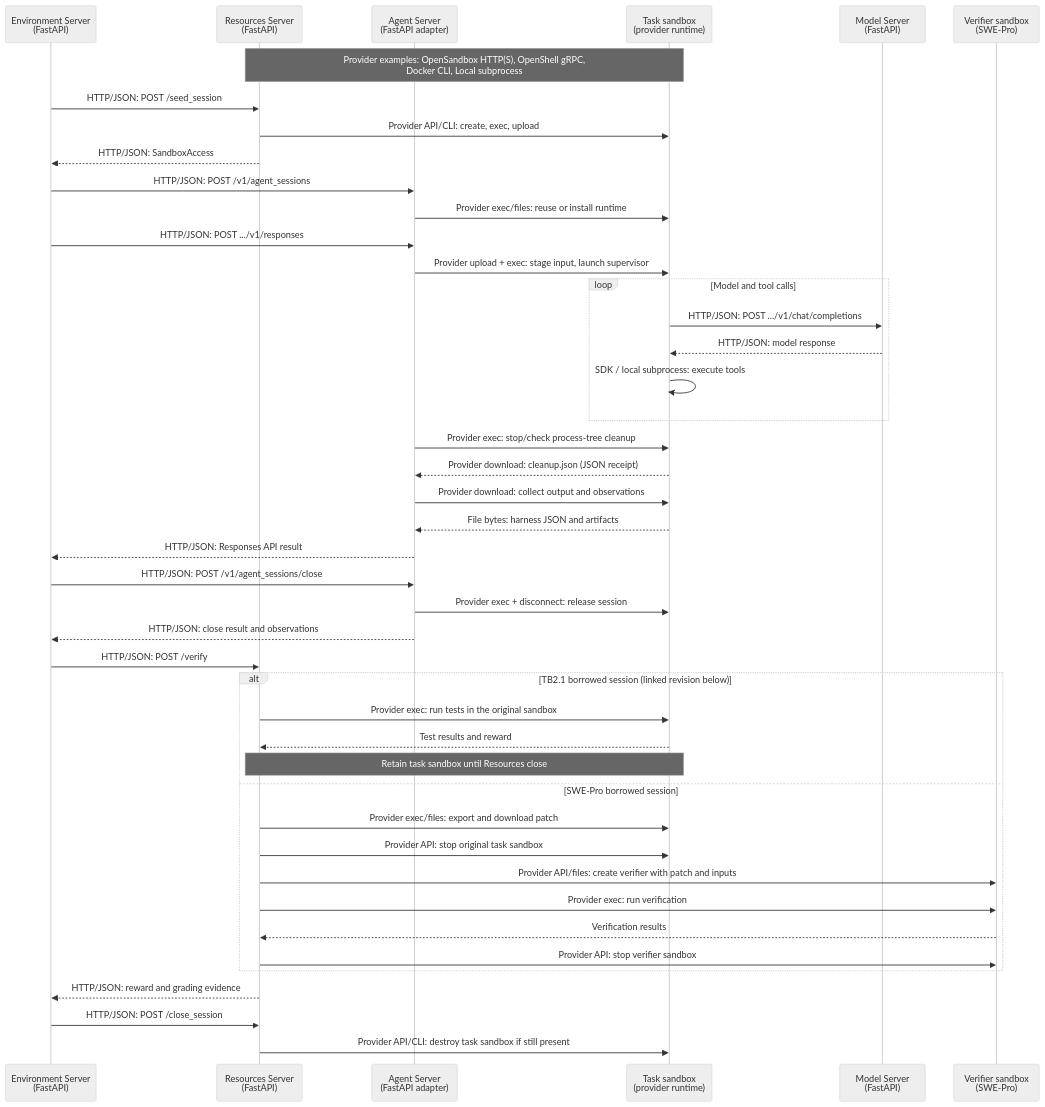
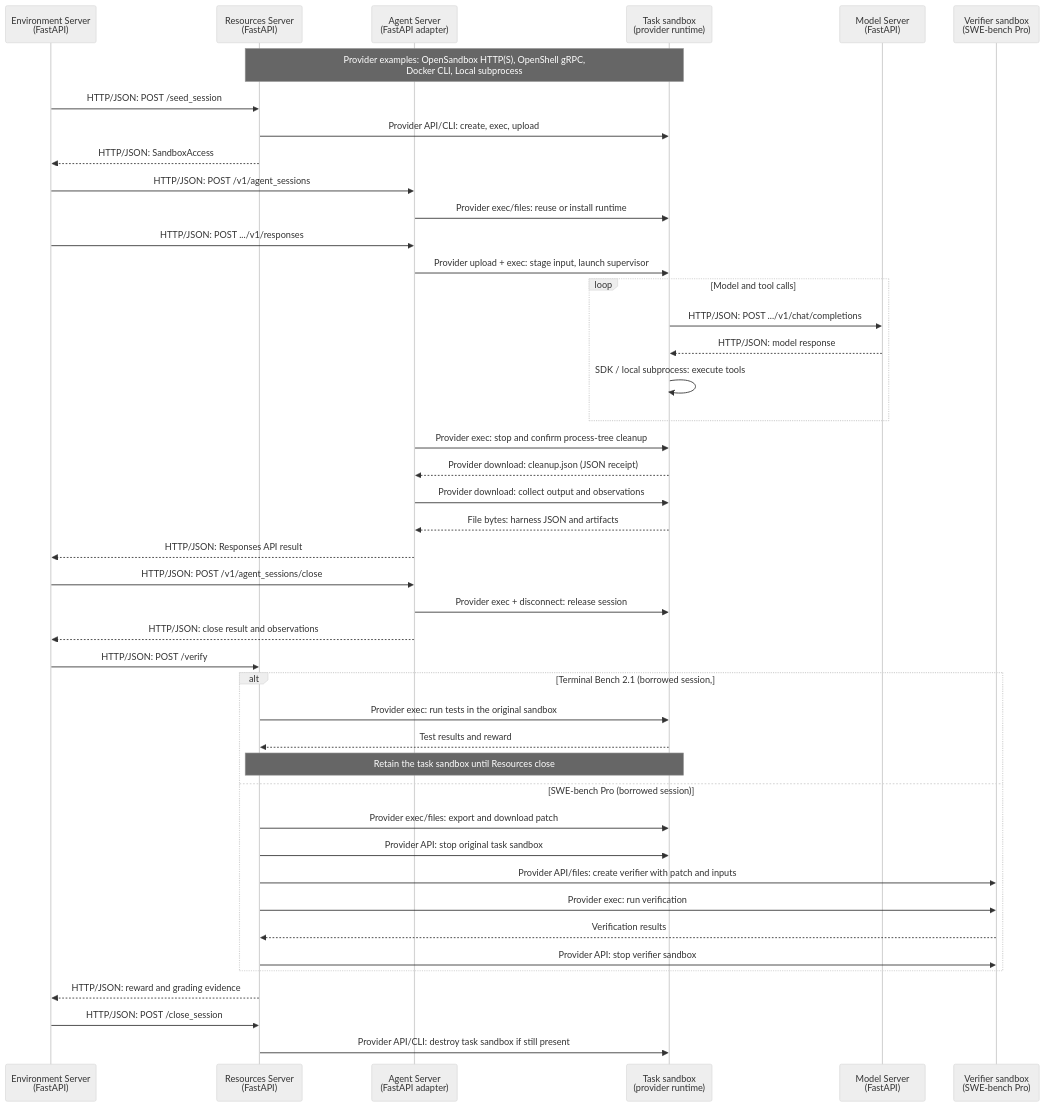
Before and after one commit to NVIDIA-NeMo/Gym: the first of 2 diagrams in fern/versions/latest/pages/agent-server/add-or-update-a-harness.mdx, drawn with Mermaid (neutral theme). The commit also changed other lines of this file, not shown here.

````diff
--- a/fern/versions/latest/pages/agent-server/add-or-update-a-harness.mdx
+++ b/fern/versions/latest/pages/agent-server/add-or-update-a-harness.mdx
@@ -23,47 +40,47 @@
 ```mermaid
 sequenceDiagram
     participant E as Environment Server<br/>(FastAPI)
     participant R as Resources Server<br/>(FastAPI)
     participant A as Agent Server<br/>(FastAPI adapter)
     participant S as Task sandbox<br/>(provider runtime)
     participant M as Model Server<br/>(FastAPI)
-    participant V as Verifier sandbox<br/>(SWE-Pro)
+    participant V as Verifier sandbox<br/>(SWE-bench Pro)
 
     Note over R,S: Provider examples: OpenSandbox HTTP(S), OpenShell gRPC,<br/>Docker CLI, Local subprocess
     E->>R: HTTP/JSON: POST /seed_session
     R->>S: Provider API/CLI: create, exec, upload
     R-->>E: HTTP/JSON: SandboxAccess
     E->>A: HTTP/JSON: POST /v1/agent_sessions
     A->>S: Provider exec/files: reuse or install runtime
     E->>A: HTTP/JSON: POST .../v1/responses
     A->>S: Provider upload + exec: stage input, launch supervisor
     loop Model and tool calls
         S->>M: HTTP/JSON: POST .../v1/chat/completions
         M-->>S: HTTP/JSON: model response
         S->>S: SDK / local subprocess: execute tools
     end
-    A->>S: Provider exec: stop/check process-tree cleanup
+    A->>S: Provider exec: stop and confirm process-tree cleanup
     S-->>A: Provider download: cleanup.json (JSON receipt)
     A->>S: Provider download: collect output and observations
     S-->>A: File bytes: harness JSON and artifacts
     A-->>E: HTTP/JSON: Responses API result
     E->>A: HTTP/JSON: POST /v1/agent_sessions/close
     A->>S: Provider exec + disconnect: release session
     A-->>E: HTTP/JSON: close result and observations
     E->>R: HTTP/JSON: POST /verify
-    alt TB2.1 borrowed session (linked revision below)
+    alt Terminal Bench 2.1 (borrowed session, #3902 revision)
         R->>S: Provider exec: run tests in the original sandbox
         S-->>R: Test results and reward
-        Note over R,S: Retain task sandbox until Resources close
-    else SWE-Pro borrowed session
+        Note over R,S: Retain the task sandbox until Resources close
+    else SWE-bench Pro (borrowed session)
         R->>S: Provider exec/files: export and download patch
         R->>S: Provider API: stop original task sandbox
         R->>V: Provider API/files: create verifier with patch and inputs
         R->>V: Provider exec: run verification
         V-->>R: Verification results
         R->>V: Provider API: stop verifier sandbox
     end
     R-->>E: HTTP/JSON: reward and grading evidence
     E->>R: HTTP/JSON: POST /close_session
     R->>S: Provider API/CLI: destroy task sandbox if still present
 ```
````
